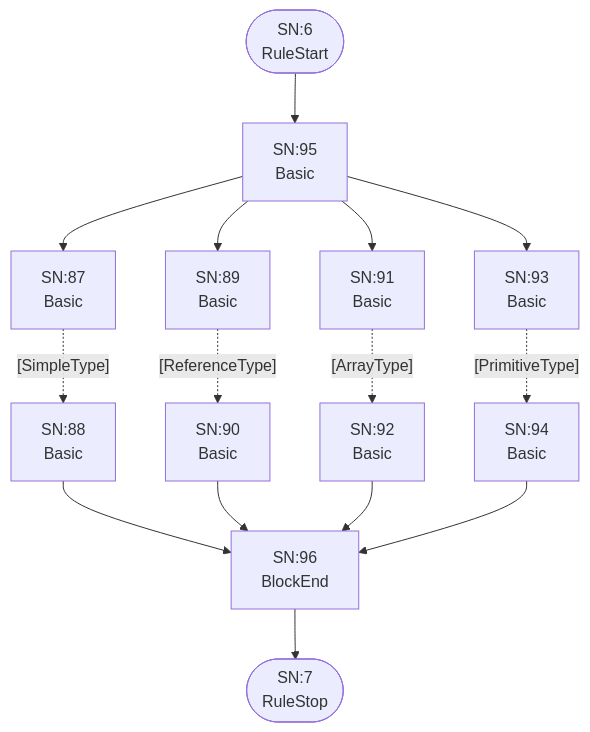
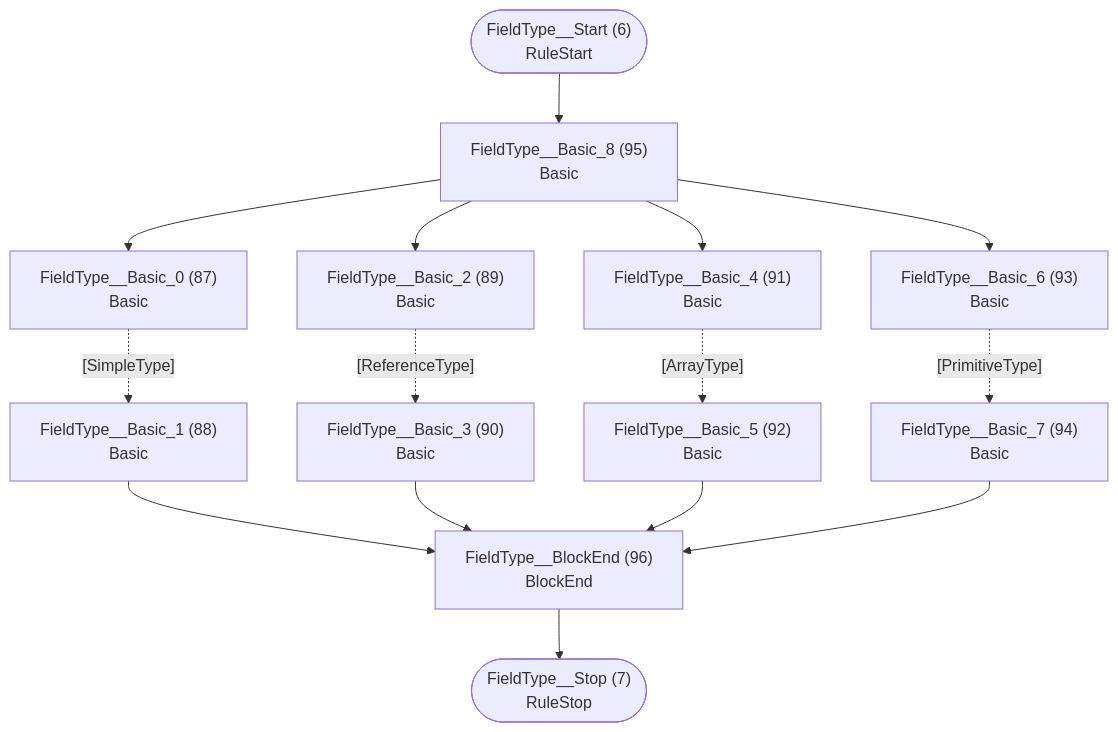
One commit to TypeFox/fastbelt changed the fourth of 25 diagrams in internal/grammar/atn.md. Above: the diagram before and after it, drawn with Mermaid. The commit also changed other lines of this file and 26 other files, not shown here.

````diff
--- a/internal/grammar/atn.md
+++ b/internal/grammar/atn.md
@@ -116,30 +116,30 @@
 ```mermaid
 flowchart TD
-    q6(["SN:6<br/>RuleStart"])
-    q7(["SN:7<br/>RuleStop"])
-    q87["SN:87<br/>Basic<br/>"]
-    q88["SN:88<br/>Basic<br/>"]
-    q89["SN:89<br/>Basic<br/>"]
-    q90["SN:90<br/>Basic<br/>"]
-    q91["SN:91<br/>Basic<br/>"]
-    q92["SN:92<br/>Basic<br/>"]
-    q93["SN:93<br/>Basic<br/>"]
-    q94["SN:94<br/>Basic<br/>"]
-    q95["SN:95<br/>Basic<br/>"]
-    q96["SN:96<br/>BlockEnd<br/>"]
+    q6(["FieldType__Start (6)<br/>RuleStart"])
+    q7(["FieldType__Stop (7)<br/>RuleStop"])
+    q87["FieldType__Basic_0 (87)<br/>Basic<br/>"]
+    q88["FieldType__Basic_1 (88)<br/>Basic<br/>"]
+    q89["FieldType__Basic_2 (89)<br/>Basic<br/>"]
+    q90["FieldType__Basic_3 (90)<br/>Basic<br/>"]
+    q91["FieldType__Basic_4 (91)<br/>Basic<br/>"]
+    q92["FieldType__Basic_5 (92)<br/>Basic<br/>"]
+    q93["FieldType__Basic_6 (93)<br/>Basic<br/>"]
+    q94["FieldType__Basic_7 (94)<br/>Basic<br/>"]
+    q95["FieldType__Basic_8 (95)<br/>Basic<br/>"]
+    q96["FieldType__BlockEnd (96)<br/>BlockEnd<br/>"]
 
     q6 --> q95
     q87 -.->|"[SimpleType]"| q88
     q88 --> q96
     q89 -.->|"[ReferenceType]"| q90
     q90 --> q96
     q91 -.->|"[ArrayType]"| q92
     q92 --> q96
     q93 -.->|"[PrimitiveType]"| q94
     q94 --> q96
     q95 --> q87
     q95 --> q89
     q95 --> q91
     q95 --> q93
     q96 --> q7
 ```
````
